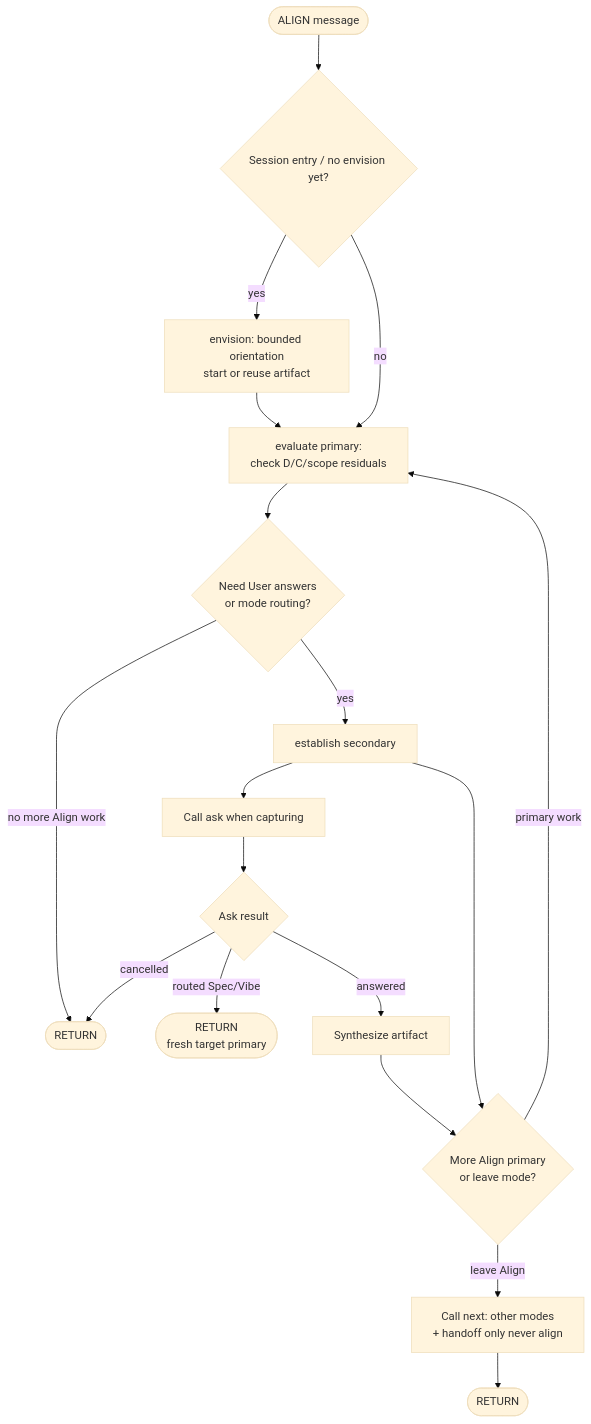
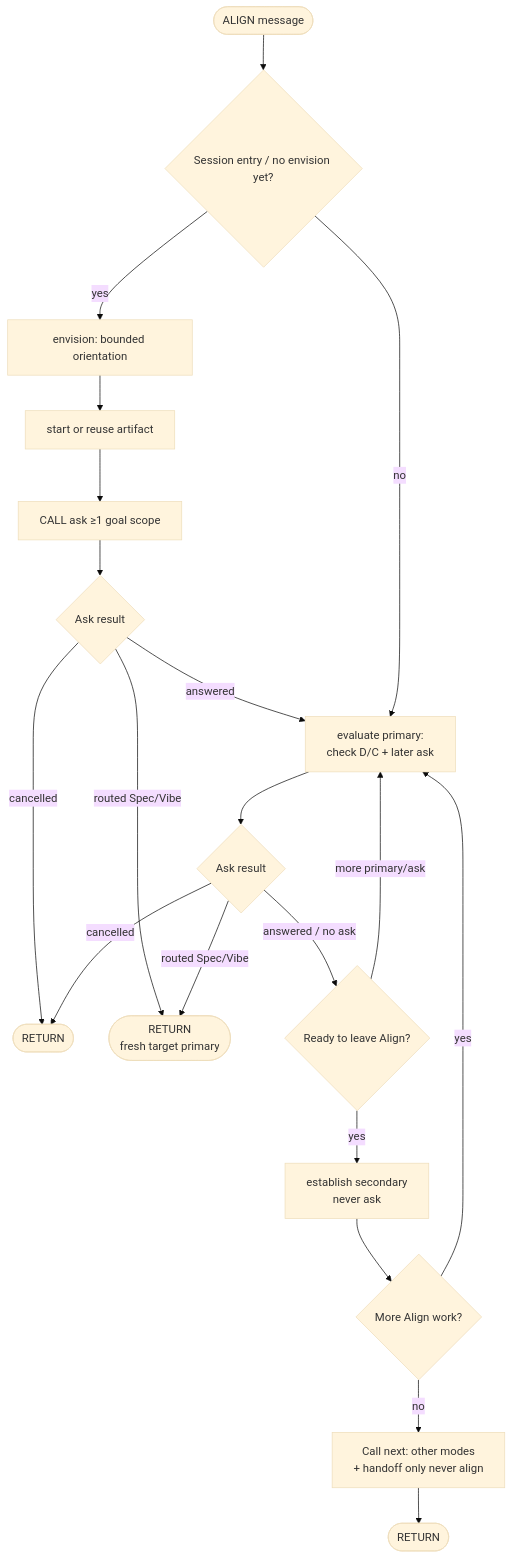
Before and after one commit to dhumdil-apps/pi-director: the fourth of 12 diagrams in docs/AGENT-WORKFLOW-DIAGRAMS.md, drawn with Mermaid (base theme). The commit also changed other lines of this file and 6 other files, not shown here.

First line of the commit message:
feat(workflow): FSM v2.5.0 envision scope ask and Align dual landing

````diff
--- a/docs/AGENT-WORKFLOW-DIAGRAMS.md
+++ b/docs/AGENT-WORKFLOW-DIAGRAMS.md
@@ -100,20 +100,22 @@
 ```mermaid
 flowchart TD
     Enter([ALIGN message]) --> Entry{Session entry / no envision yet?}
-    Entry -- yes --> Orient[envision: bounded orientation<br/>start or reuse artifact]
-    Orient --> Eval
-    Entry -- no --> Eval[evaluate primary:<br/>check D/C/scope residuals]
-    Eval --> Need{Need User answers<br/>or mode routing?}
-    Need -- no more Align work --> Stop([RETURN])
-    Need -- yes --> Est[establish secondary]
-    Est --> Ask[Call ask when capturing]
-    Ask --> Result{Ask result}
-    Result -- cancelled --> Stop
-    Result -- routed Spec/Vibe --> Settle([RETURN<br/>fresh target primary])
-    Result -- answered --> Synth[Synthesize artifact]
-    Synth --> Back{More Align primary<br/>or leave mode?}
-    Est --> Back
-    Back -- primary work --> Eval
-    Back -- leave Align --> Next["Call next: other modes<br/>+ handoff only never align"]
+    Entry -- yes --> Orient[envision: bounded orientation]
+    Orient --> Artifact[start or reuse artifact]
+    Artifact --> ScopeAsk[CALL ask ≥1 goal scope]
+    ScopeAsk --> ScopeResult{Ask result}
+    ScopeResult -- cancelled --> Stop([RETURN])
+    ScopeResult -- routed Spec/Vibe --> Settle([RETURN<br/>fresh target primary])
+    ScopeResult -- answered --> Eval
+    Entry -- no --> Eval[evaluate primary:<br/>check D/C + later ask]
+    Eval --> AskResult{Ask result}
+    AskResult -- cancelled --> Stop
+    AskResult -- routed Spec/Vibe --> Settle
+    AskResult -- answered / no ask --> Gate{Ready to leave Align?}
+    Gate -- more primary/ask --> Eval
+    Gate -- yes --> Est[establish secondary<br/>never ask]
+    Est --> Back{More Align work?}
+    Back -- yes --> Eval
+    Back -- no --> Next["Call next: other modes<br/>+ handoff only never align"]
     Next --> Done([RETURN])
 ```
````
